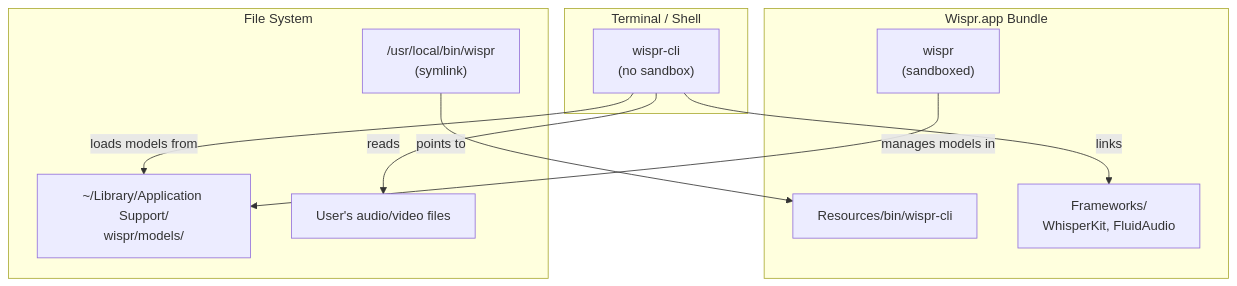
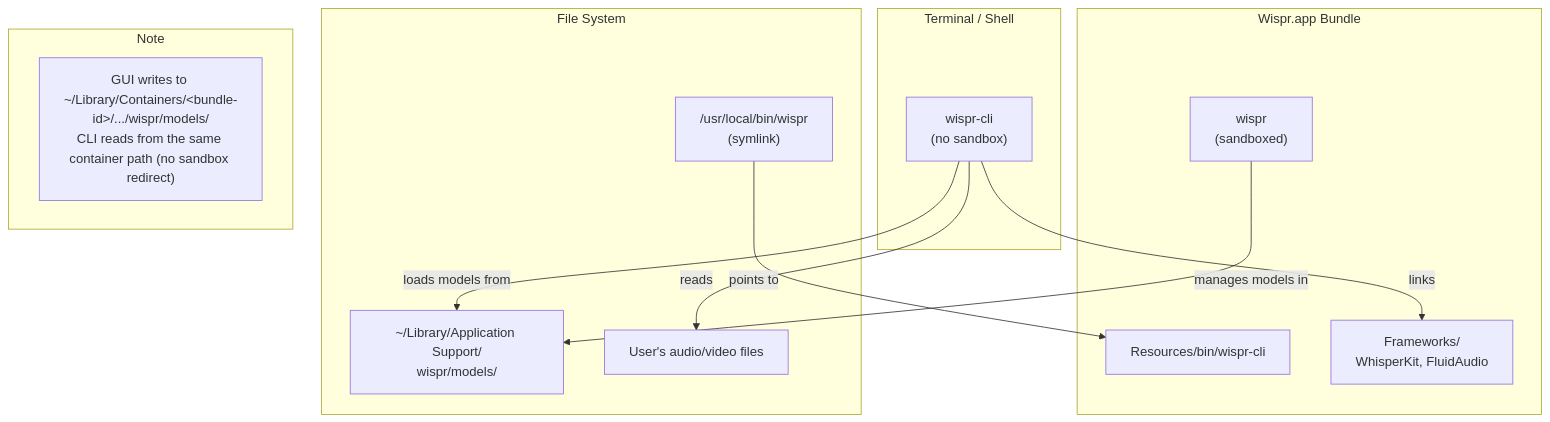
One commit to sebsto/wispr changed the first of 2 diagrams in .kiro/specs/cli-tool/design.md. Above: the diagram before and after it, drawn with Mermaid. The commit also changed other lines of this file and 9 other files, not shown here.

First line of the commit message:
feat: add wispr-cli command-line transcription tool

````diff
--- a/.kiro/specs/cli-tool/design.md
+++ b/.kiro/specs/cli-tool/design.md
@@ -101,24 +102,28 @@
 ```mermaid
 graph TB
     subgraph Terminal["Terminal / Shell"]
         CLI["wispr-cli<br/>(no sandbox)"]
     end
 
     subgraph AppBundle["Wispr.app Bundle"]
         GUI["wispr<br/>(sandboxed)"]
         BIN["Resources/bin/wispr-cli"]
         FW["Frameworks/<br/>WhisperKit, FluidAudio"]
     end
 
     subgraph Disk["File System"]
         MODELS["~/Library/Application Support/<br/>wispr/models/"]
         INPUT["User's audio/video files"]
         SYMLINK["/usr/local/bin/wispr<br/>(symlink)"]
     end
 
     SYMLINK -->|"points to"| BIN
     CLI -->|"loads models from"| MODELS
     CLI -->|"reads"| INPUT
     CLI -->|"links"| FW
     GUI -->|"manages models in"| MODELS
+
+    subgraph SandboxNote["Note"]
+        N["GUI writes to ~/Library/Containers/&lt;bundle-id&gt;/.../wispr/models/<br/>CLI reads from the same container path (no sandbox redirect)"]
+    end
 ```
````
